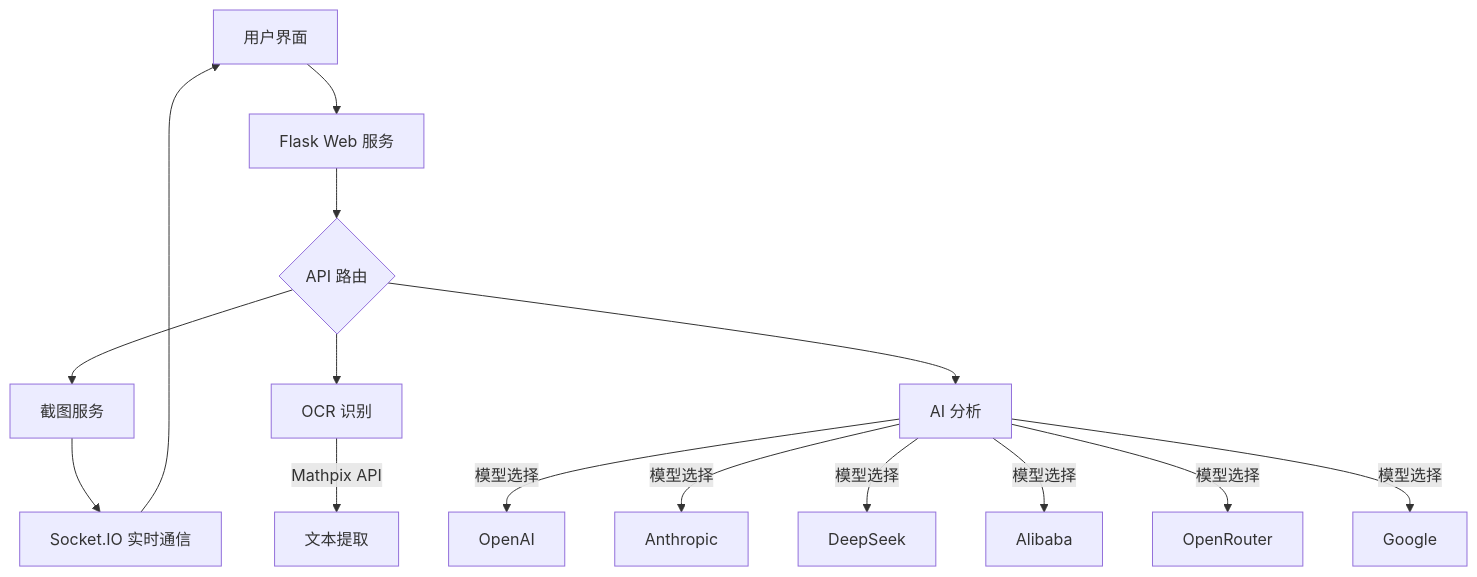
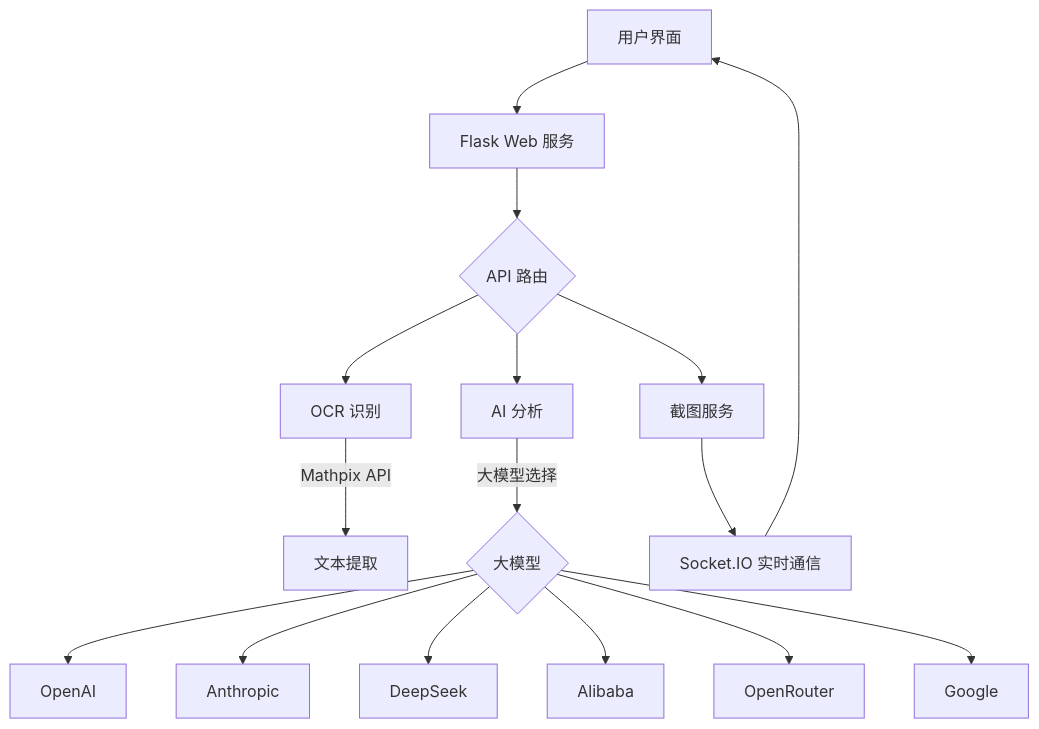
The diagram in readme/CHINESE.md (Zippland/Snap-Solver), drawn with Mermaid before and after one commit. The commit also changed other lines of this file and 2 other files, not shown here.

Commit message:
detail changes

````diff
--- a/readme/CHINESE.md
+++ b/readme/CHINESE.md
@@ -59,17 +59,18 @@
 ```mermaid
 graph TD
     A[用户界面] --> B[Flask Web 服务]
     B --> C{API 路由}
     C --> D[截图服务]
     C --> E[OCR 识别]
     C --> F[AI 分析]
     E --> |Mathpix API| G[文本提取]
-    F --> |模型选择| H1[OpenAI]
-    F --> |模型选择| H2[Anthropic]
-    F --> |模型选择| H3[DeepSeek]
-    F --> |模型选择| H4[Alibaba]
-    F --> |模型选择| H5[OpenRouter]
-    F --> |模型选择| H6[Google]
+    F --> |大模型选择| H{大模型}
+    H --> H1[OpenAI]
+    H --> H2[Anthropic]
+    H --> H3[DeepSeek]
+    H --> H4[Alibaba]
+    H --> H5[OpenRouter]
+    H --> H6[Google]
     D --> I[Socket.IO 实时通信]
     I --> A
 ```
````
